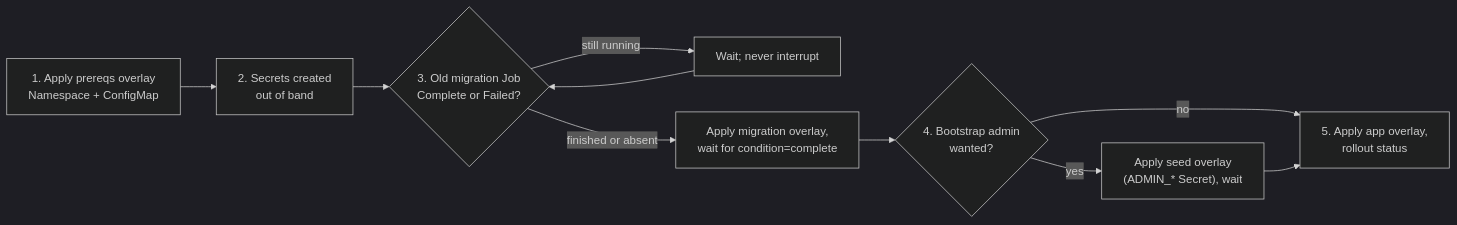
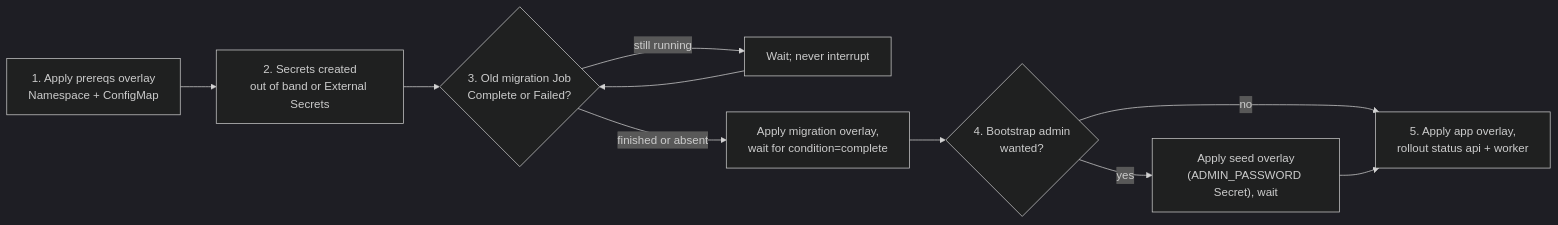
One commit to chuanghiduoc/fiber-golang-boilerplate changed the eighth of 9 diagrams in docs/operations.md. Above: the diagram before and after it, drawn with Mermaid (dark theme). The commit also changed other lines of this file and 911 other files, not shown here.

````diff
--- a/docs/operations.md
+++ b/docs/operations.md
@@ -1502,12 +1548,12 @@
 ```mermaid
 flowchart LR
-    pre["1. Apply prereqs overlay<br/>Namespace + ConfigMap"] --> sec["2. Secrets created<br/>out of band"]
+    pre["1. Apply prereqs overlay<br/>Namespace + ConfigMap"] --> sec["2. Secrets created<br/>out of band or External Secrets"]
     sec --> chk{"3. Old migration Job<br/>Complete or Failed?"}
     chk -- still running --> waitj[Wait; never interrupt]
     waitj --> chk
     chk -- finished or absent --> mig["Apply migration overlay,<br/>wait for condition=complete"]
     mig --> seed{"4. Bootstrap admin<br/>wanted?"}
-    seed -- yes --> seedjob["Apply seed overlay<br/>(ADMIN_* Secret), wait"]
+    seed -- yes --> seedjob["Apply seed overlay<br/>(ADMIN_PASSWORD Secret), wait"]
     seed -- no --> app
-    seedjob --> app["5. Apply app overlay,<br/>rollout status"]
+    seedjob --> app["5. Apply app overlay,<br/>rollout status api + worker"]
 ```
````
